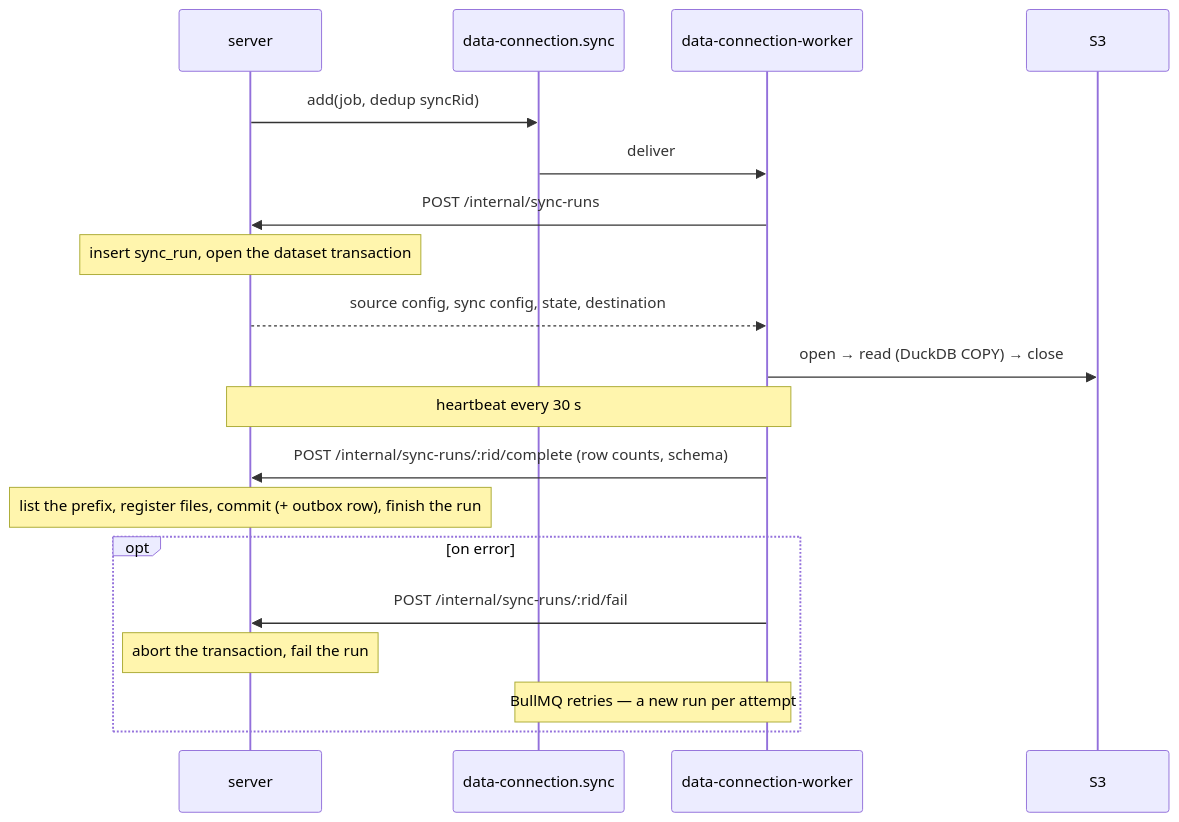
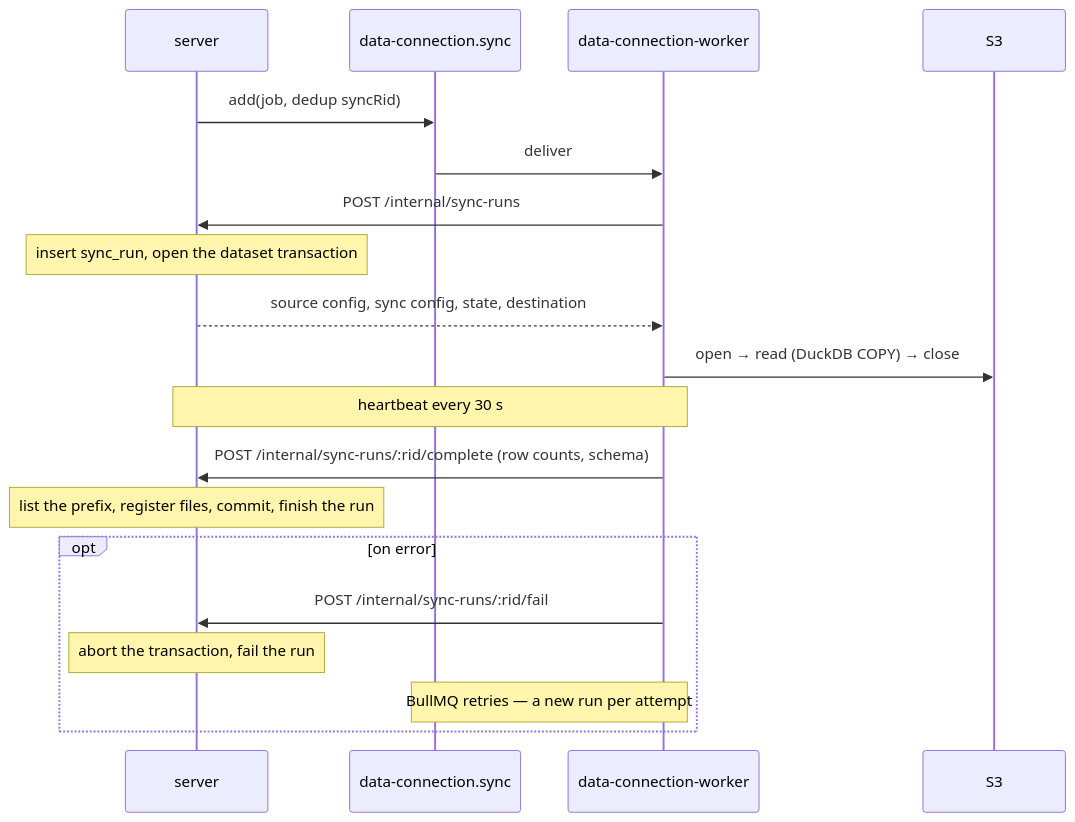
One commit to RolandTeslaru/Quarry changed the diagram in docs/design/jobs.md. Above: the diagram before and after it, drawn with Mermaid. The commit also changed other lines of this file and 17 other files, not shown here.

````diff
--- a/docs/design/jobs.md
+++ b/docs/design/jobs.md
@@ -142,22 +140,22 @@
 ```mermaid
 sequenceDiagram
     participant S as server
     participant Q as data-connection.sync
     participant W as data-connection-worker
     participant S3
 
     S->>Q: add(job, dedup syncRid)
     Q->>W: deliver
     W->>S: POST /internal/sync-runs
     Note over S: insert sync_run, open the dataset transaction
     S-->>W: source config, sync config, state, destination
     W->>S3: open → read (DuckDB COPY) → close
     Note over W,S: heartbeat every 30 s
     W->>S: POST /internal/sync-runs/:rid/complete (row counts, schema)
-    Note over S: list the prefix, register files, commit (+ outbox row), finish the run
+    Note over S: list the prefix, register files, commit, finish the run
     opt on error
         W->>S: POST /internal/sync-runs/:rid/fail
         Note over S: abort the transaction, fail the run
         Note over Q,W: BullMQ retries — a new run per attempt
     end
 ```
````
